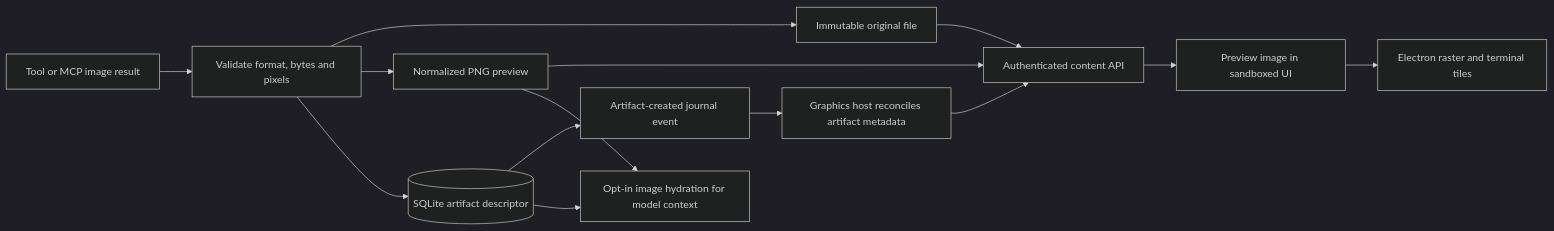
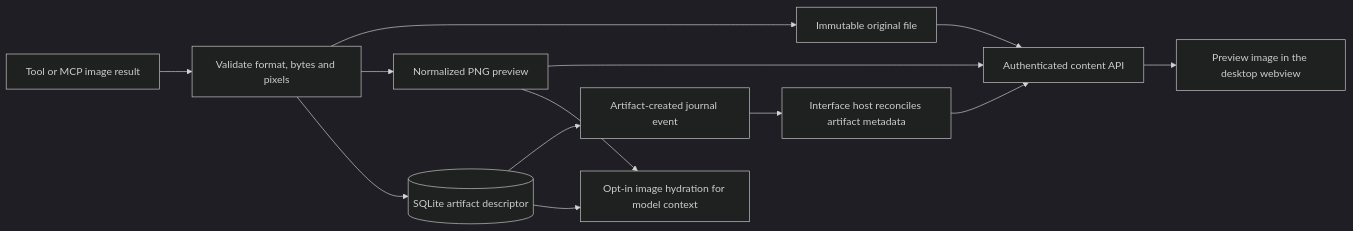
The diagram in docs/artifact-preview-implementation.md (Shingi-Michael/demesne-cli), drawn with Mermaid (dark theme) before and after one commit. The commit also changed other lines of this file and 95 other files, not shown here.

First line of the commit message:
Retire the Ghostty interface: the desktop window is demesne's UI (#160)

````diff
--- a/docs/artifact-preview-implementation.md
+++ b/docs/artifact-preview-implementation.md
@@ -9,16 +9,15 @@
 ```mermaid
 flowchart LR
     Producer[Tool or MCP image result] --> Validate[Validate format, bytes and pixels]
     Validate --> Original[Immutable original file]
     Validate --> Preview[Normalized PNG preview]
     Validate --> Descriptor[(SQLite artifact descriptor)]
     Descriptor --> Event[Artifact-created journal event]
-    Event --> Host[Graphics host reconciles artifact metadata]
+    Event --> Host[Interface host reconciles artifact metadata]
     Original --> API[Authenticated content API]
     Preview --> API
     Host --> API
-    API --> Browser[Preview image in sandboxed UI]
-    Browser --> Tiles[Electron raster and terminal tiles]
+    API --> Browser[Preview image in the desktop webview]
     Descriptor --> Vision[Opt-in image hydration for model context]
     Preview --> Vision
 ```
````
